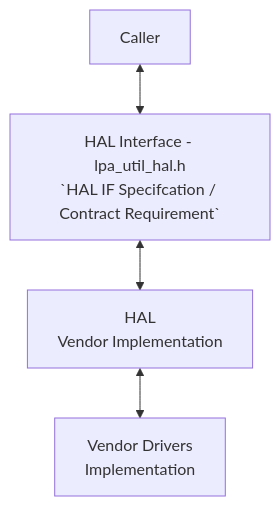
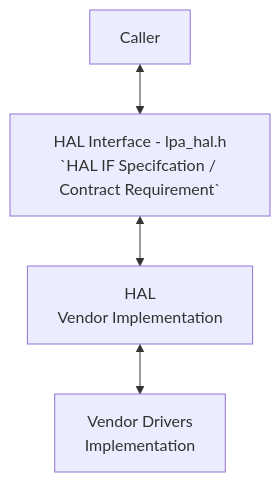
Before and after one commit to rdkcentral/rdkb-halif-lpa: the diagram in docs/pages/LpaHalSpec.md, drawn with Mermaid.

````diff
--- a/docs/pages/LpaHalSpec.md
+++ b/docs/pages/LpaHalSpec.md
@@ -26,7 +26,7 @@
 ```mermaid
 
 flowchart
-    Caller <--> HALIF[HAL Interface - lpa_util_hal.h\n`HAL IF Specifcation / Contract Requirement`]
+    Caller <--> HALIF[HAL Interface - lpa_hal.h\n`HAL IF Specifcation / Contract Requirement`]
     HALIF <--> VendorWrapper[HAL\nVendor Implementation]
     VendorWrapper <--> VendorDrivers[Vendor Drivers\nImplementation]
 ```
````
